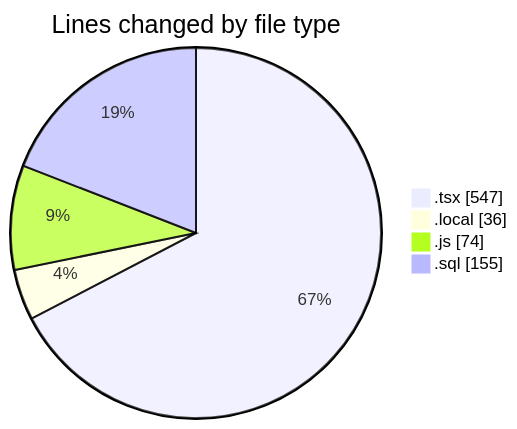
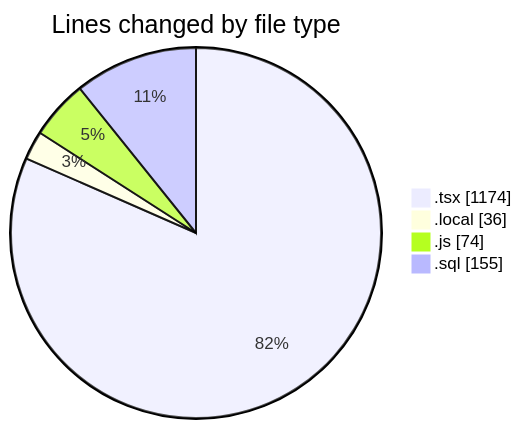
One commit to becaeroporto-bot/code-tracking changed the first of 2 diagrams in 2026-02-16/chatbot-ui-main/README.md. Above: the diagram before and after it, drawn with Mermaid. The commit also changed other lines of this file and 1 other file, not shown here.

````diff
--- a/2026-02-16/chatbot-ui-main/README.md
+++ b/2026-02-16/chatbot-ui-main/README.md
@@ -24,8 +28,8 @@
 ```mermaid
 pie showData
 title Lines changed by file type
-".tsx" : 547
+".tsx" : 1174
 ".local" : 36
 ".js" : 74
 ".sql" : 155
 ```
````
